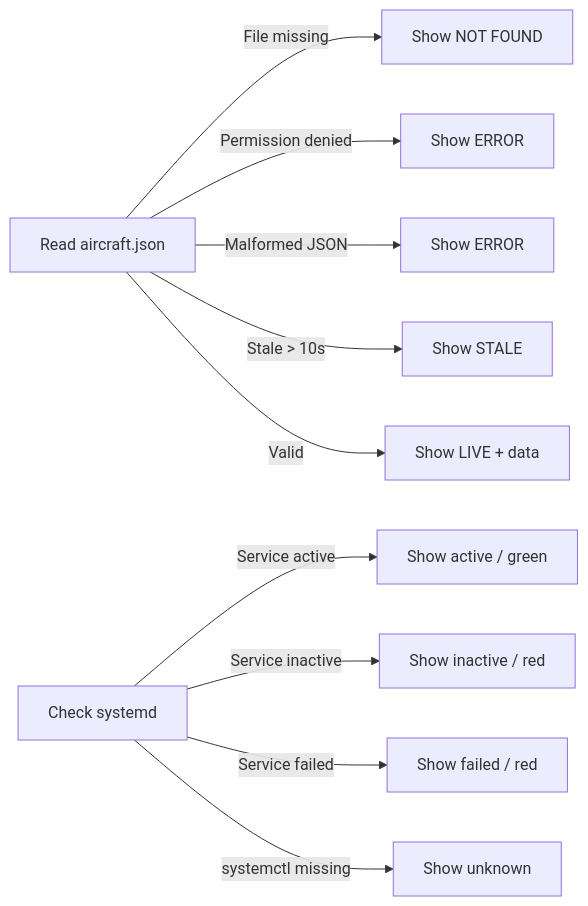
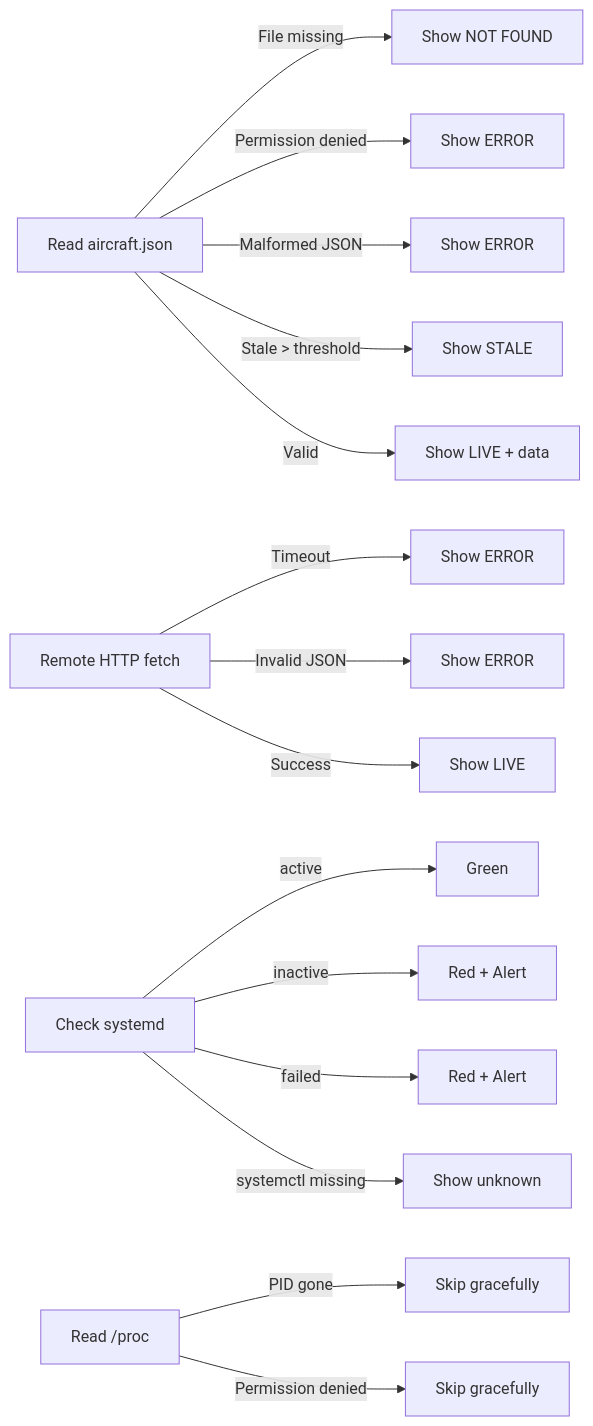
The fourth of 4 diagrams in docs/architecture.md (disappointingsupernova/readsb-feed-dashboard), drawn with Mermaid before and after one commit. The commit also changed other lines of this file and 3 other files, not shown here.

````diff
--- a/docs/architecture.md
+++ b/docs/architecture.md
@@ -100,13 +179,20 @@
 ```mermaid
 graph LR
     A[Read aircraft.json] -->|File missing| B[Show NOT FOUND]
     A -->|Permission denied| C[Show ERROR]
     A -->|Malformed JSON| D[Show ERROR]
-    A -->|Stale > 10s| E[Show STALE]
+    A -->|Stale > threshold| E[Show STALE]
     A -->|Valid| F[Show LIVE + data]
 
-    G[Check systemd] -->|Service active| H[Show active / green]
-    G -->|Service inactive| I[Show inactive / red]
-    G -->|Service failed| J[Show failed / red]
-    G -->|systemctl missing| K[Show unknown]
+    G[Remote HTTP fetch] -->|Timeout| H[Show ERROR]
+    G -->|Invalid JSON| I[Show ERROR]
+    G -->|Success| J[Show LIVE]
+
+    K[Check systemd] -->|active| L[Green]
+    K -->|inactive| M[Red + Alert]
+    K -->|failed| N[Red + Alert]
+    K -->|systemctl missing| O[Show unknown]
+
+    P[Read /proc] -->|PID gone| Q[Skip gracefully]
+    P -->|Permission denied| R[Skip gracefully]
 ```
````
